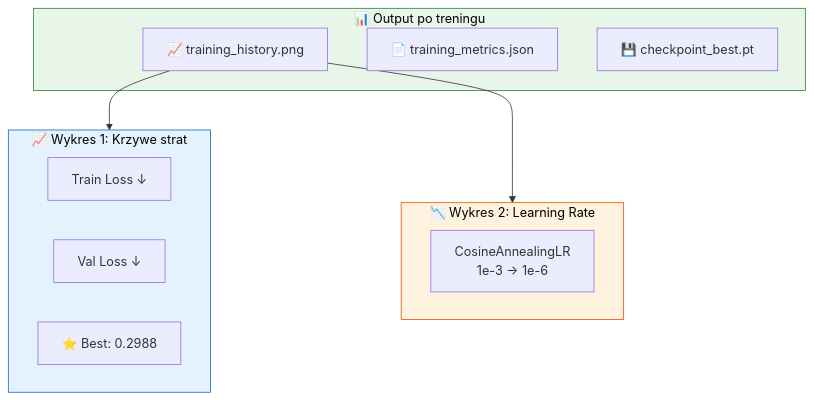
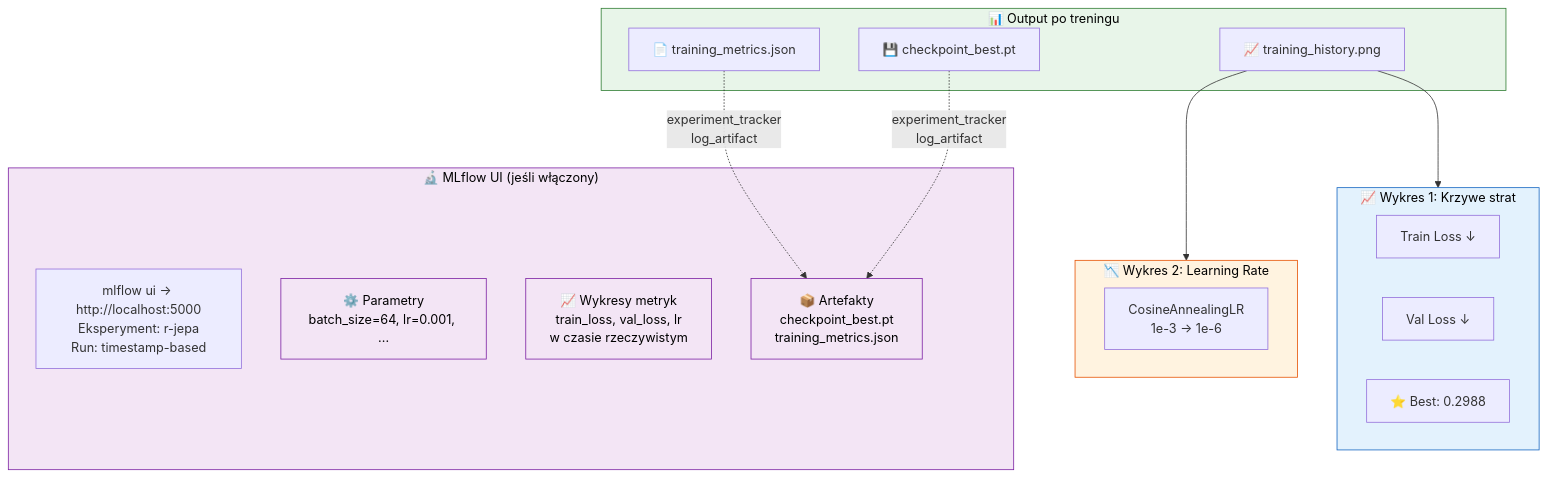
Before and after one commit to pielaszkiewicz-jacek/jepa-model: diagram 21 of 23 in doc/proces_uczenia.md, drawn with Mermaid. The commit also changed other lines of this file and 48 other files, not shown here.

````diff
--- a/doc/proces_uczenia.md
+++ b/doc/proces_uczenia.md
@@ -677,25 +698,38 @@
 ```mermaid
 flowchart TD
     subgraph OUTPUT["📊 Output po treningu"]
         LOSS_PLOT["📈 training_history.png"]
         METRICS_JSON["📄 training_metrics.json"]
         CKPT["💾 checkpoint_best.pt"]
     end
 
     subgraph LOSS_PLOT_CONTENT["📈 Wykres 1: Krzywe strat"]
         TRAIN_L["Train Loss ↓"]
         VAL_L["Val Loss ↓"]
         BEST_L["⭐ Best: 0.2988"]
     end
 
     subgraph LR_PLOT_CONTENT["📉 Wykres 2: Learning Rate"]
         LR_CURVE["CosineAnnealingLR<br/>1e-3 → 1e-6"]
     end
 
+    subgraph MLFLOW_UI["🔬 MLflow UI (jeśli włączony)"]
+        UI["mlflow ui → http://localhost:5000<br/>Eksperyment: r-jepa<br/>Run: timestamp-based"]
+        UI_PARAMS["⚙️ Parametry<br/>batch_size=64, lr=0.001, ..."]
+        UI_METRICS["📈 Wykresy metryk<br/>train_loss, val_loss, lr<br/>w czasie rzeczywistym"]
+        UI_ARTIFACTS["📦 Artefakty<br/>checkpoint_best.pt<br/>training_metrics.json"]
+    end
+
     LOSS_PLOT --> LOSS_PLOT_CONTENT
     LOSS_PLOT --> LR_PLOT_CONTENT
+    METRICS_JSON -.->|"experiment_tracker<br/>log_artifact"| UI_ARTIFACTS
+    CKPT -.->|"experiment_tracker<br/>log_artifact"| UI_ARTIFACTS
 
     style OUTPUT fill:#e8f5e9,stroke:#2e7d32,color:#000
     style LOSS_PLOT_CONTENT fill:#e3f2fd,stroke:#1565c0,color:#000
     style LR_PLOT_CONTENT fill:#fff3e0,stroke:#e65100,color:#000
+    style MLFLOW_UI fill:#f3e5f5,stroke:#7b1fa2,color:#000
+    style UI_PARAMS fill:#f3e5f5,stroke:#7b1fa2,color:#000
+    style UI_METRICS fill:#f3e5f5,stroke:#7b1fa2,color:#000
+    style UI_ARTIFACTS fill:#f3e5f5,stroke:#7b1fa2,color:#000
 ```
````
